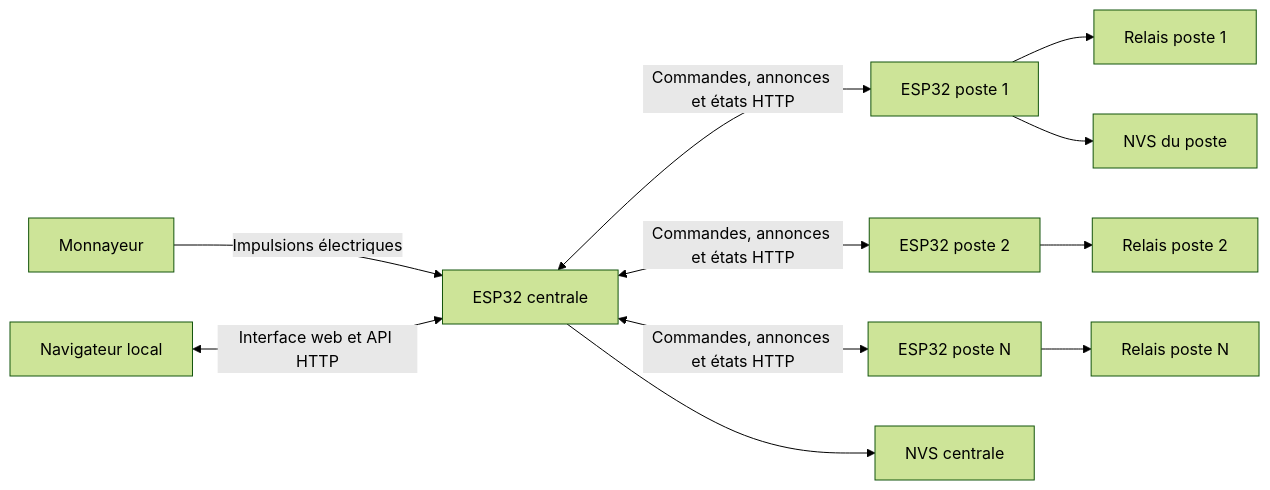
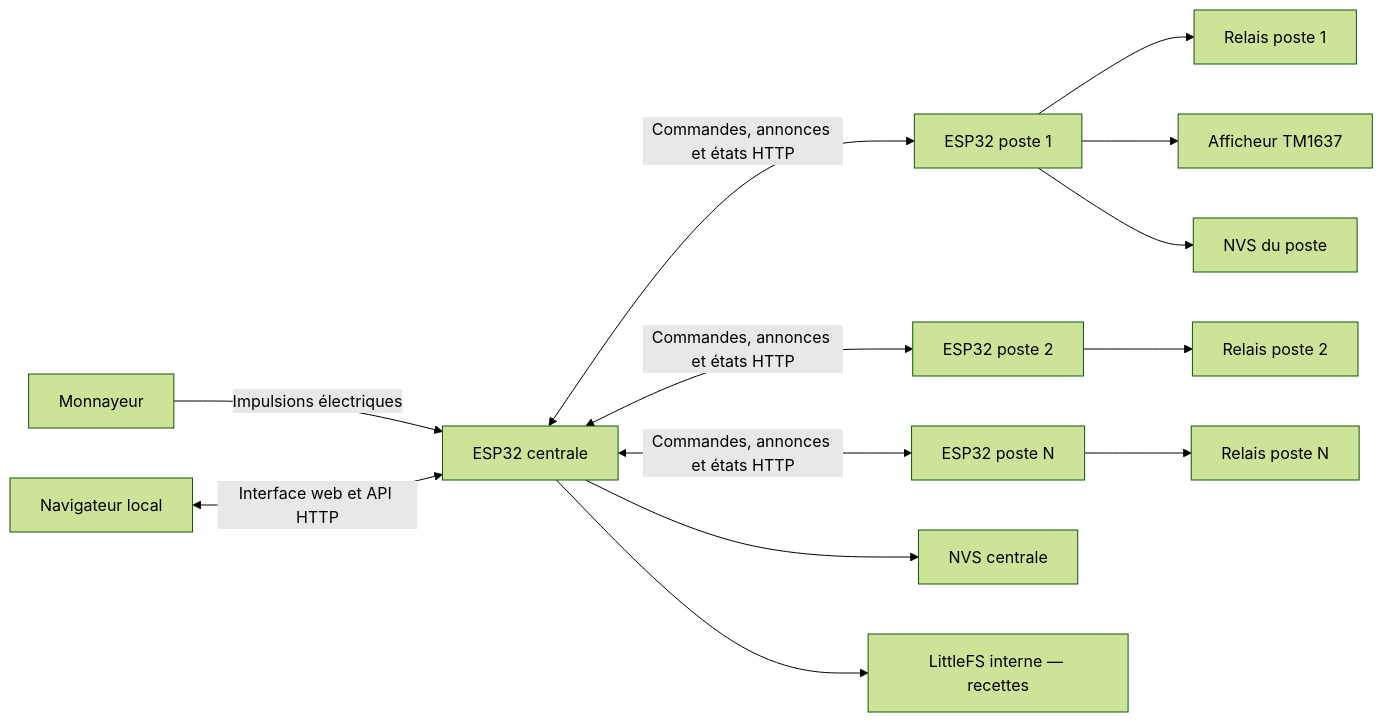
One commit to abdelazizmezri/esp32-monnayeur-central-gameroom changed the diagram in README.md. Above: the diagram before and after it, drawn with Mermaid (forest theme). The commit also changed other lines of this file and 19 other files, not shown here.

````diff
--- a/README.md
+++ b/README.md
@@ -27,13 +29,15 @@
 ```mermaid
 flowchart LR
     M["Monnayeur"] -->|"Impulsions électriques"| C["ESP32 centrale"]
     U["Navigateur local"] <-->|"Interface web et API HTTP"| C
     C <-->|"Commandes, annonces et états HTTP"| P1["ESP32 poste 1"]
     C <-->|"Commandes, annonces et états HTTP"| P2["ESP32 poste 2"]
     C <-->|"Commandes, annonces et états HTTP"| PN["ESP32 poste N"]
     P1 --> R1["Relais poste 1"]
     P2 --> R2["Relais poste 2"]
     PN --> RN["Relais poste N"]
+    P1 --> D1["Afficheur TM1637"]
     C --> NC["NVS centrale"]
+    C --> LFS["LittleFS interne — recettes"]
     P1 --> NP["NVS du poste"]
 ```
````
